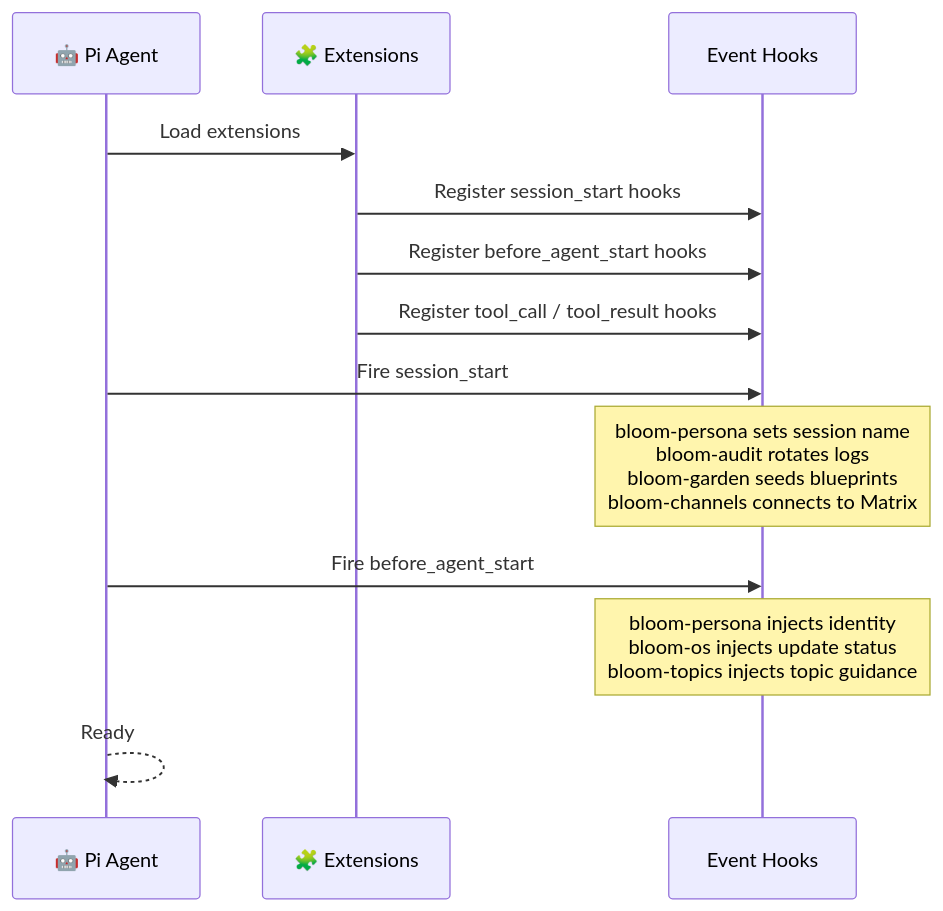
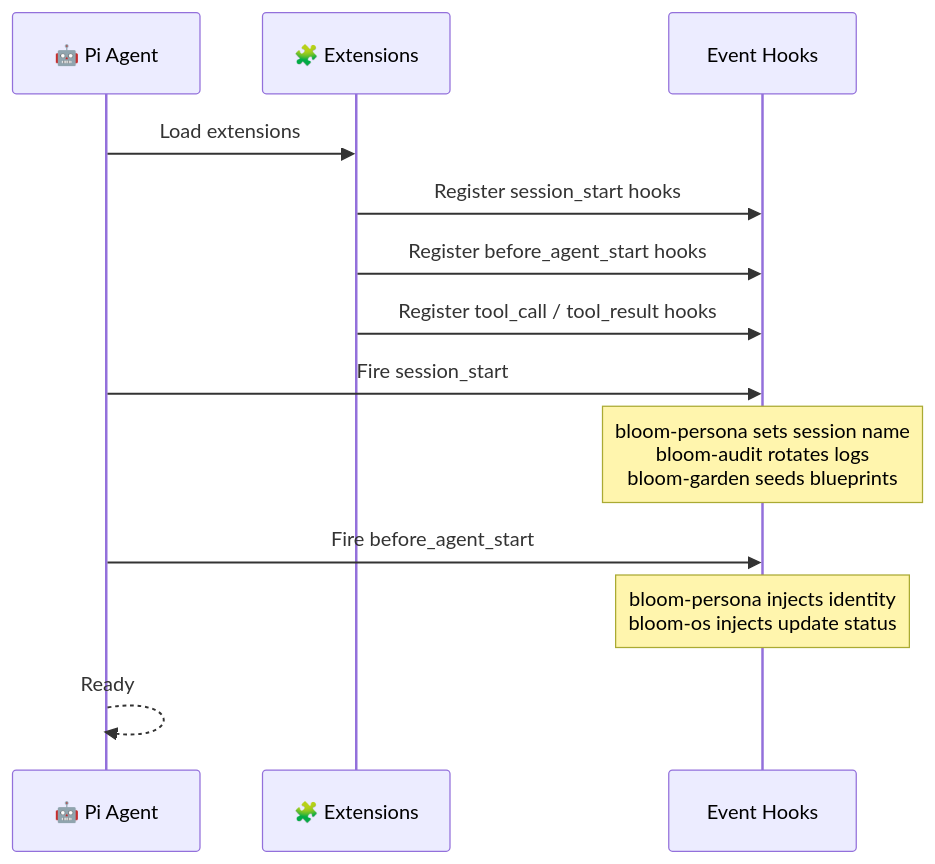
One commit to alexradunet/ownloom changed the first of 3 diagrams in AGENTS.md. Above: the diagram before and after it, drawn with Mermaid. The commit also changed other lines of this file and 4 other files, not shown here.

Commit message:
docs: update docs for pi-daemon architecture, remove bloom-channels/topics refs

````diff
--- a/AGENTS.md
+++ b/AGENTS.md
@@ -26,16 +26,16 @@
 ```mermaid
 sequenceDiagram
     participant Pi as 🤖 Pi Agent
     participant Ext as 🧩 Extensions
     participant Hooks as Event Hooks
 
     Pi->>Ext: Load extensions
     Ext->>Hooks: Register session_start hooks
     Ext->>Hooks: Register before_agent_start hooks
     Ext->>Hooks: Register tool_call / tool_result hooks
     Pi->>Hooks: Fire session_start
-    Note over Hooks: bloom-persona sets session name<br/>bloom-audit rotates logs<br/>bloom-garden seeds blueprints<br/>bloom-channels connects to Matrix
+    Note over Hooks: bloom-persona sets session name<br/>bloom-audit rotates logs<br/>bloom-garden seeds blueprints
     Pi->>Hooks: Fire before_agent_start
-    Note over Hooks: bloom-persona injects identity<br/>bloom-os injects update status<br/>bloom-topics injects topic guidance
+    Note over Hooks: bloom-persona injects identity<br/>bloom-os injects update status
     Pi-->>Pi: Ready
 ```
````
